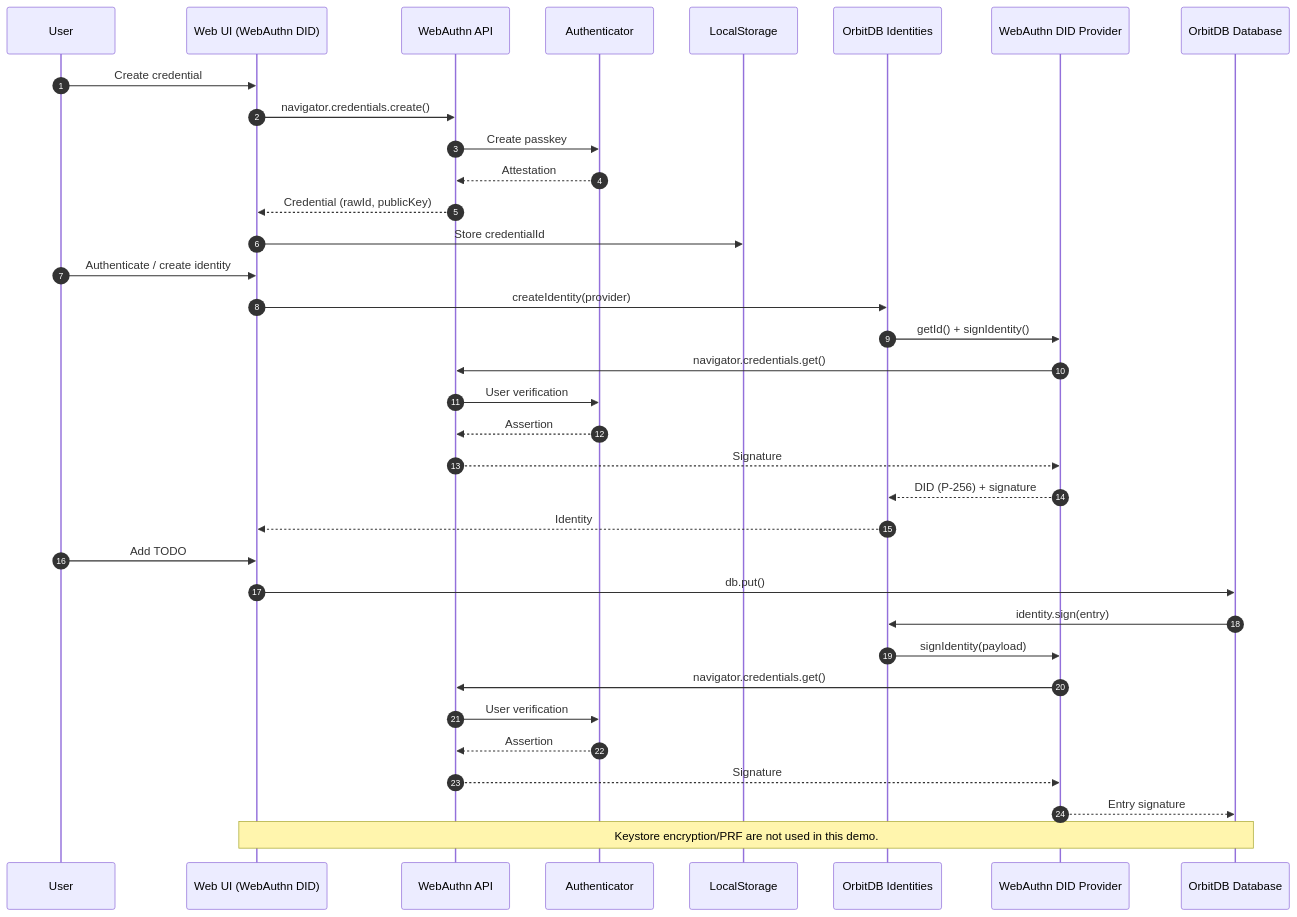
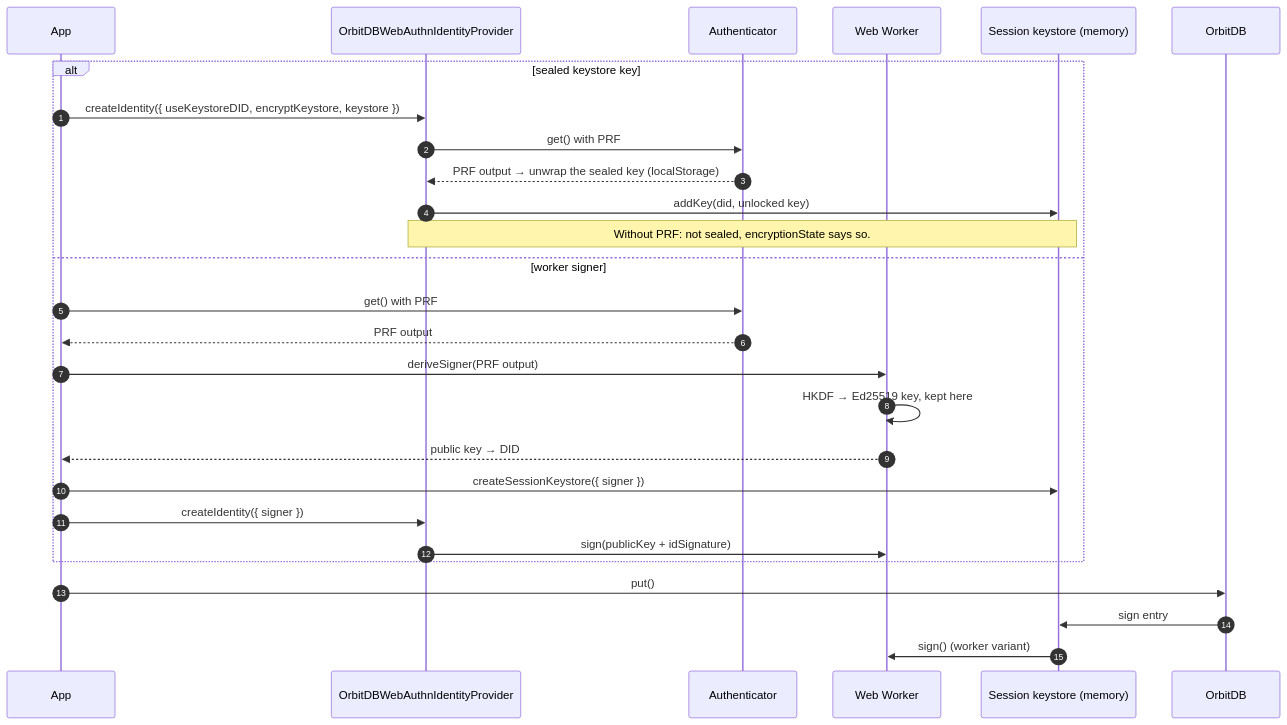
One commit to Le-Space/orbitdb-identity-provider-webauthn-did changed the second of 3 diagrams in docs/EXAMPLE-SEQUENCES.md. Above: the diagram before and after it, drawn with Mermaid. The commit also changed other lines of this file and 28 other files, not shown here.

````diff
--- a/docs/EXAMPLE-SEQUENCES.md
+++ b/docs/EXAMPLE-SEQUENCES.md
@@ -123,41 +51,30 @@
 ```mermaid
 sequenceDiagram
   autonumber
-  participant User
-  participant App as Web UI (WebAuthn DID)
-  participant WebAuthn as WebAuthn API
+  participant App
+  participant Prov as OrbitDBWebAuthnIdentityProvider
   participant Auth as Authenticator
-  participant LS as LocalStorage
-  participant ID as OrbitDB Identities
-  participant Prov as WebAuthn DID Provider
-  participant DB as OrbitDB Database
+  participant W as Web Worker
+  participant KS as Session keystore (memory)
+  participant DB as OrbitDB
 
-  User->>App: Create credential
-  App->>WebAuthn: navigator.credentials.create()
-  WebAuthn->>Auth: Create passkey
-  Auth-->>WebAuthn: Attestation
-  WebAuthn-->>App: Credential (rawId, publicKey)
-  App->>LS: Store credentialId
-
-  User->>App: Authenticate / create identity
-  App->>ID: createIdentity(provider)
-  ID->>Prov: getId() + signIdentity()
-  Prov->>WebAuthn: navigator.credentials.get()
-  WebAuthn->>Auth: User verification
-  Auth-->>WebAuthn: Assertion
-  WebAuthn-->>Prov: Signature
-  Prov-->>ID: DID (P-256) + signature
-  ID-->>App: Identity
-
-  User->>App: Add TODO
-  App->>DB: db.put()
-  DB->>ID: identity.sign(entry)
-  ID->>Prov: signIdentity(payload)
-  Prov->>WebAuthn: navigator.credentials.get()
-  WebAuthn->>Auth: User verification
-  Auth-->>WebAuthn: Assertion
-  WebAuthn-->>Prov: Signature
-  Prov-->>DB: Entry signature
-
-  Note over App,DB: Keystore encryption/PRF are not used in this demo.
+  alt sealed keystore key
+    App->>Prov: createIdentity({ useKeystoreDID, encryptKeystore, keystore })
+    Prov->>Auth: get() with PRF
+    Auth-->>Prov: PRF output → unwrap the sealed key (localStorage)
+    Prov->>KS: addKey(did, unlocked key)
+    Note over Prov,KS: Without PRF: not sealed, encryptionState says so.
+  else worker signer
+    App->>Auth: get() with PRF
+    Auth-->>App: PRF output
+    App->>W: deriveSigner(PRF output)
+    W->>W: HKDF → Ed25519 key, kept here
+    W-->>App: public key → DID
+    App->>KS: createSessionKeystore({ signer })
+    App->>Prov: createIdentity({ signer })
+    Prov->>W: sign(publicKey + idSignature)
+  end
+  App->>DB: put()
+  DB->>KS: sign entry
+  KS->>W: sign() (worker variant)
 ```
````
